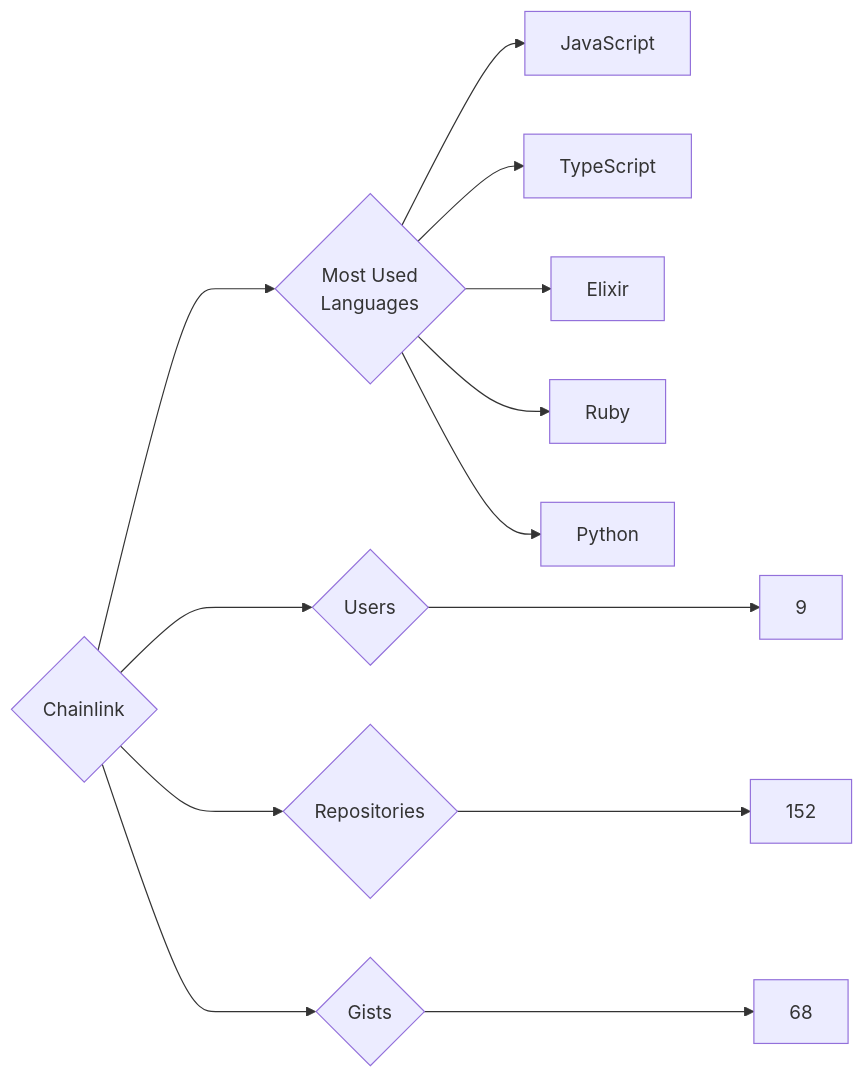
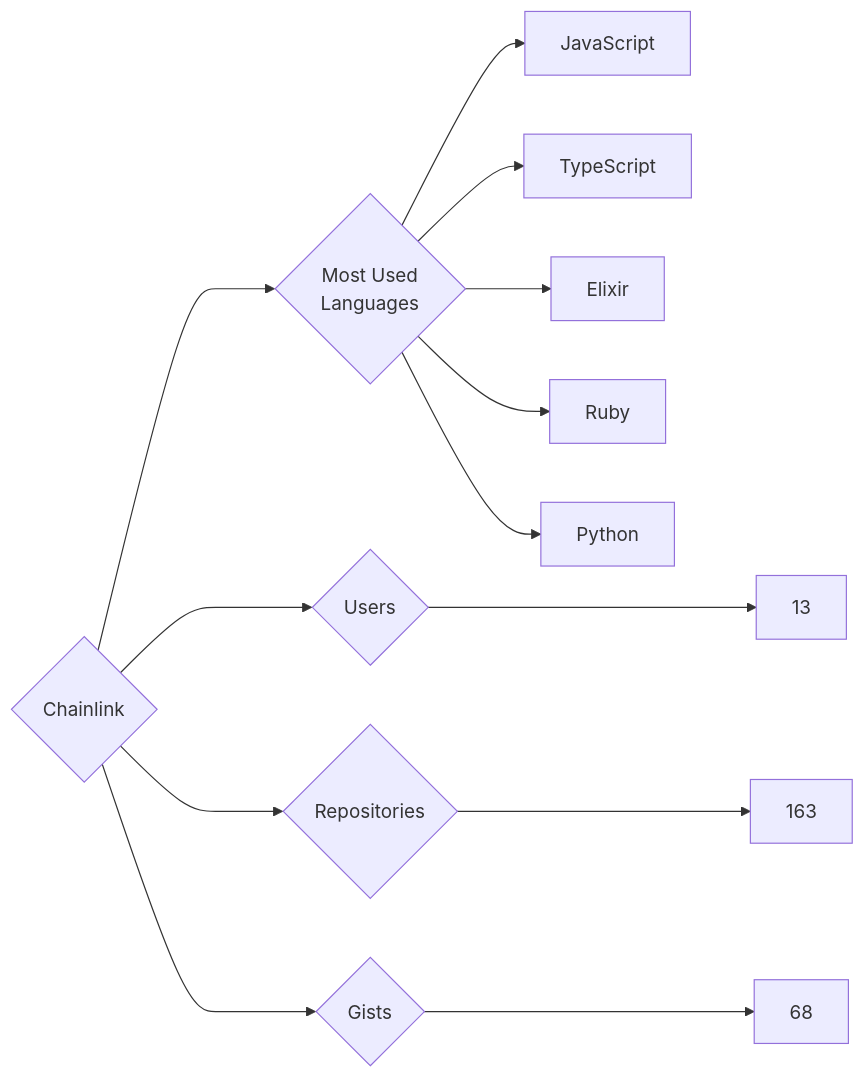
The diagram in targets/Chainlink/README.md (trickest/insiders), drawn with Mermaid before and after one commit. The commit also changed 1089 other files, not shown here.

````diff
--- a/targets/Chainlink/README.md
+++ b/targets/Chainlink/README.md
@@ -3,13 +3,13 @@
 ```mermaid
 graph LR
 COMPANY_NAME{Chainlink}
-COMPANY_NAME ---> U{Users} ---> UN[9]
-COMPANY_NAME ---> R{Repositories} ---> RN[152]
+COMPANY_NAME ---> U{Users} ---> UN[13]
+COMPANY_NAME ---> R{Repositories} ---> RN[163]
 COMPANY_NAME ---> G{Gists} ---> GN[68]
 COMPANY_NAME ---> ML{Most Used<br>Languages}
 ML --> JavaScript[JavaScript]
 ML --> TypeScript[TypeScript]
 ML --> Elixir[Elixir]
 ML --> Ruby[Ruby]
 ML --> Python[Python]
 ```
````
